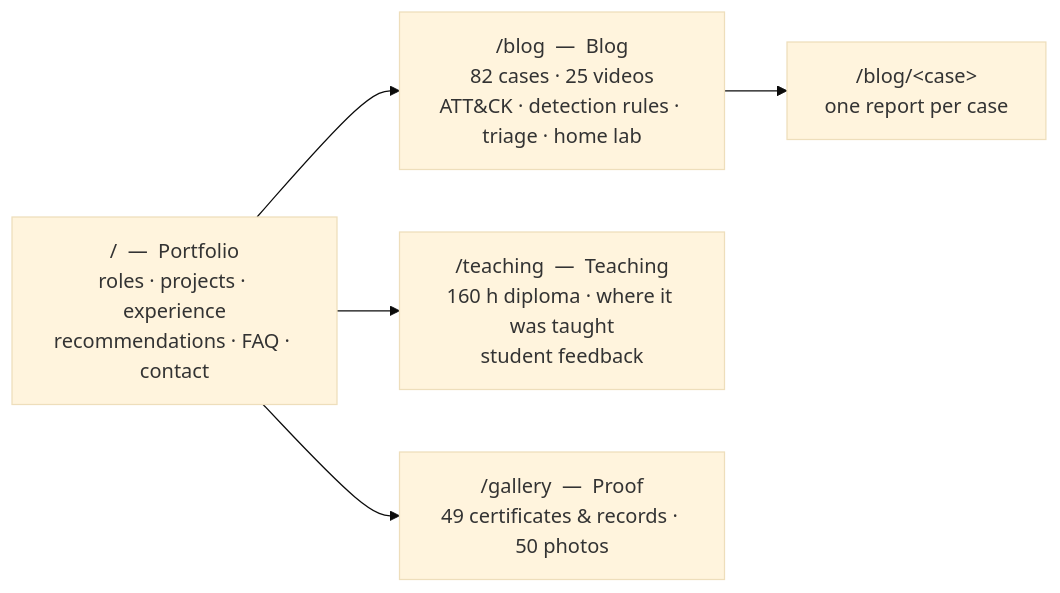
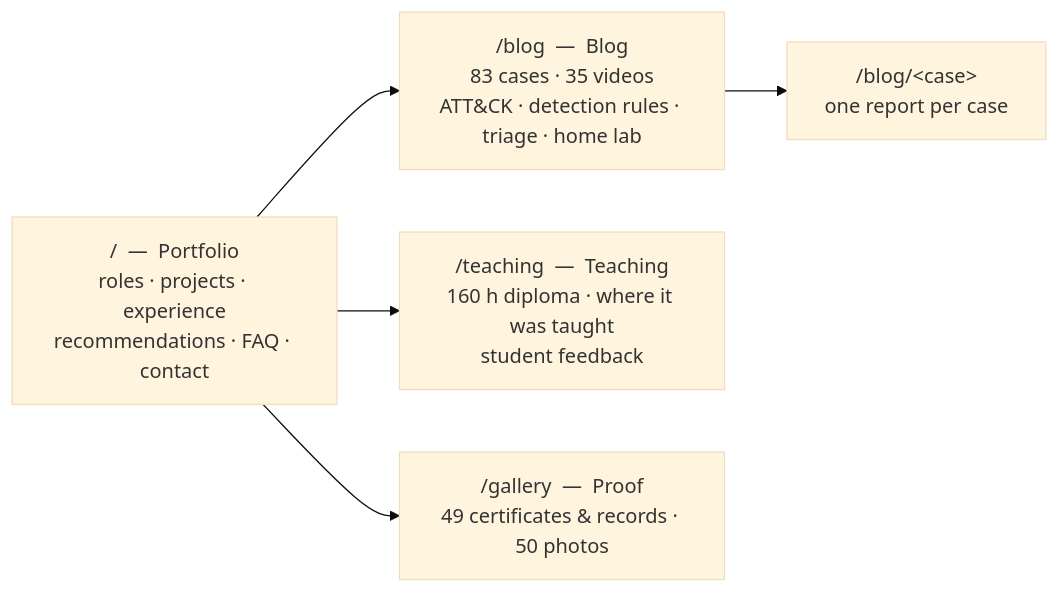
One commit to Ahmed-Emad-Nasr/ahmed.dev changed the first of 2 diagrams in README.md. Above: the diagram before and after it, drawn with Mermaid (base theme). The commit also changed other lines of this file and 58 other files, not shown here.

````diff
--- a/README.md
+++ b/README.md
@@ -80,11 +80,11 @@
 ```mermaid
 flowchart LR
   H["/  —  Portfolio<br/>roles · projects · experience<br/>recommendations · FAQ · contact"]
-  B["/blog  —  Blog<br/>82 cases · 25 videos<br/>ATT&CK · detection rules · triage · home lab"]
+  B["/blog  —  Blog<br/>83 cases · 35 videos<br/>ATT&CK · detection rules · triage · home lab"]
   C["/blog/&lt;case&gt;<br/>one report per case"]
   T["/teaching  —  Teaching<br/>160 h diploma · where it was taught<br/>student feedback"]
   G["/gallery  —  Proof<br/>49 certificates & records · 50 photos"]
   H --> B --> C
   H --> T
   H --> G
 ```
````
